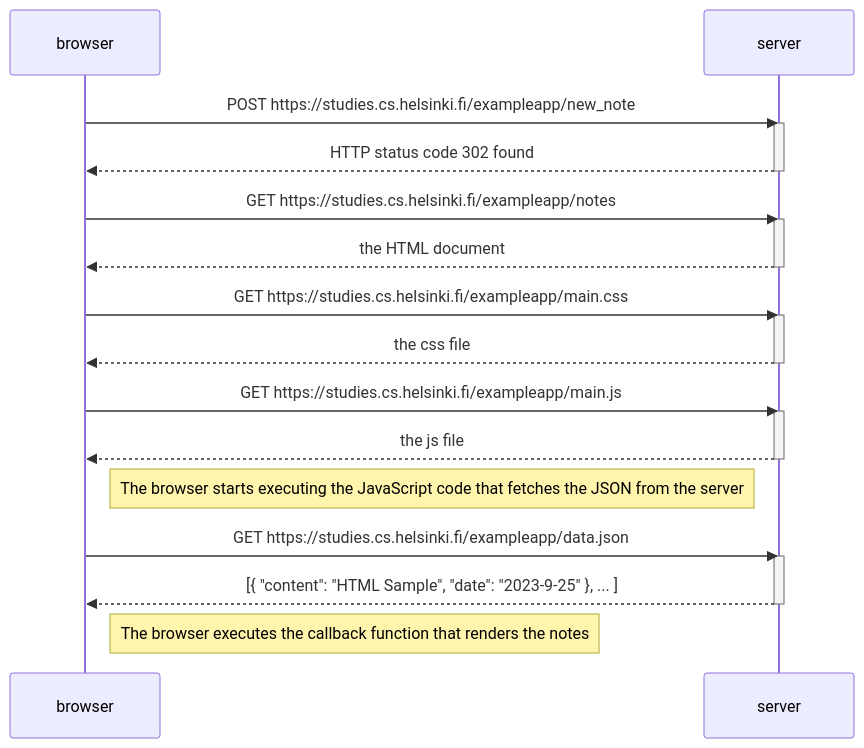
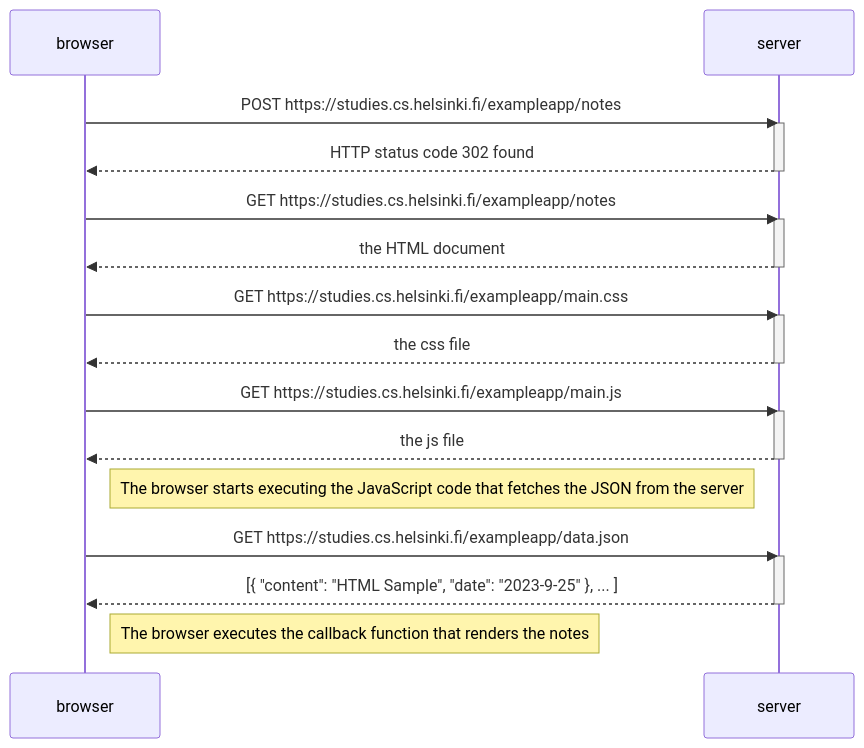
Before and after one commit to 2200032348/fullstackopen-2023: the diagram in part0/0.4-New note/Ex0.4.mmd, drawn with Mermaid.

```diff
--- a/part0/0.4-New note/Ex0.4.mmd
+++ b/part0/0.4-New note/Ex0.4.mmd
@@ -1,32 +1,32 @@
 sequenceDiagram
     participant browser
     participant server
 
-    browser->>server: POST https://studies.cs.helsinki.fi/exampleapp/new_note
+    browser->>server: POST https://studies.cs.helsinki.fi/exampleapp/notes
     activate server
     server-->>browser: HTTP status code 302 found
     deactivate server
 
     browser->>server: GET https://studies.cs.helsinki.fi/exampleapp/notes
     activate server
     server-->>browser: the HTML document
     deactivate server
 
     browser->>server: GET https://studies.cs.helsinki.fi/exampleapp/main.css
     activate server
     server-->>browser: the css file
     deactivate server
 
     browser->>server: GET https://studies.cs.helsinki.fi/exampleapp/main.js
     activate server
     server-->>browser: the js file
     deactivate server
 
     Note right of browser: The browser starts executing the JavaScript code that fetches the JSON from the server
 
     browser->>server: GET https://studies.cs.helsinki.fi/exampleapp/data.json
     activate server
     server-->>browser: [{ "content": "HTML Sample", "date": "2023-9-25" }, ... ]
     deactivate server
 
     Note right of browser: The browser executes the callback function that renders the notes
```
